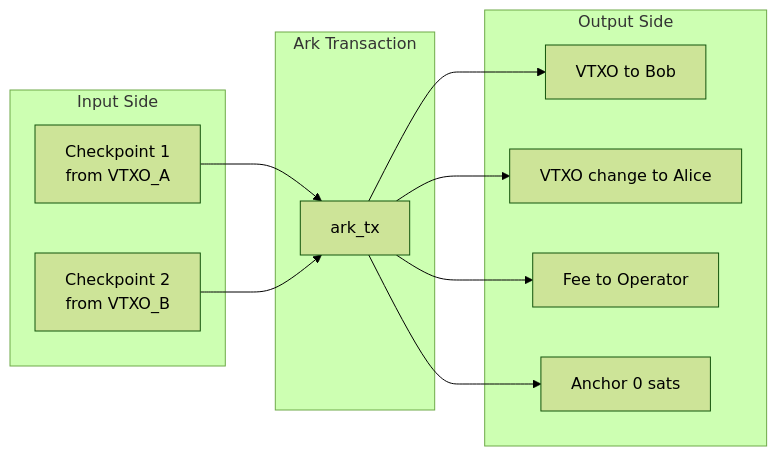
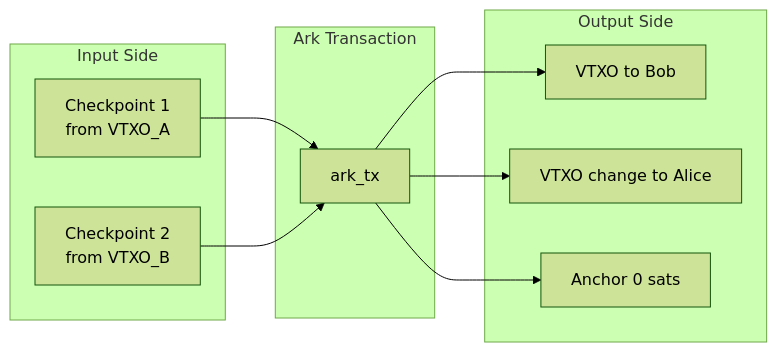
One commit to lightninglabs/wavelength changed the first of 3 diagrams in docs/ark-specs/ARK-03-oor.md. Above: the diagram before and after it, drawn with Mermaid (forest theme). The commit also changed other lines of this file and 5 other files, not shown here.

````diff
--- a/docs/ark-specs/ARK-03-oor.md
+++ b/docs/ark-specs/ARK-03-oor.md
@@ -125,25 +126,23 @@
 ```mermaid
 graph LR
     subgraph "Input Side"
         CP1[Checkpoint 1<br/>from VTXO_A]
         CP2[Checkpoint 2<br/>from VTXO_B]
     end
 
     subgraph "Ark Transaction"
         ARK[ark_tx]
     end
 
     subgraph "Output Side"
         V1[VTXO to Bob]
         V2[VTXO change to Alice]
-        FEE[Fee to Operator]
         ANCHOR[Anchor 0 sats]
     end
 
     CP1 --> ARK
     CP2 --> ARK
     ARK --> V1
     ARK --> V2
-    ARK --> FEE
     ARK --> ANCHOR
 ```
````
